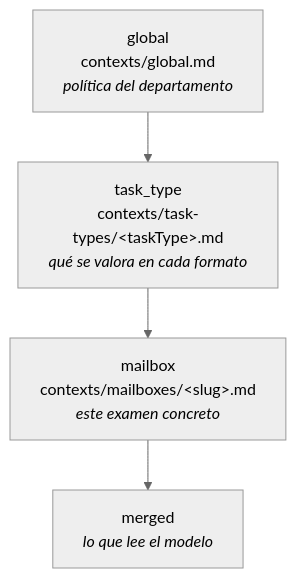
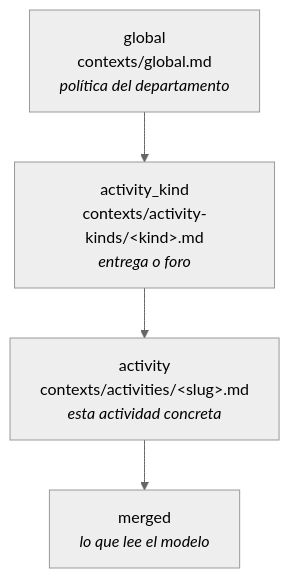
One commit to jamataran/vega changed the diagram in contexts/README.md. Above: the diagram before and after it, drawn with Mermaid (neutral theme). The commit also changed other lines of this file and 19 other files, not shown here.

````diff
--- a/contexts/README.md
+++ b/contexts/README.md
@@ -12,7 +18,7 @@
 ```mermaid
 graph TD
-  G["global<br/>contexts/global.md<br/><i>política del departamento</i>"] --> T
-  T["task_type<br/>contexts/task-types/&lt;taskType&gt;.md<br/><i>qué se valora en cada formato</i>"] --> M
-  M["mailbox<br/>contexts/mailboxes/&lt;slug&gt;.md<br/><i>este examen concreto</i>"] --> R
+  G["global<br/>contexts/global.md<br/><i>política del departamento</i>"] --> K
+  K["activity_kind<br/>contexts/activity-kinds/&lt;kind&gt;.md<br/><i>entrega o foro</i>"] --> A
+  A["activity<br/>contexts/activities/&lt;slug&gt;.md<br/><i>esta actividad concreta</i>"] --> R
   R["merged<br/><i>lo que lee el modelo</i>"]
 ```
````
